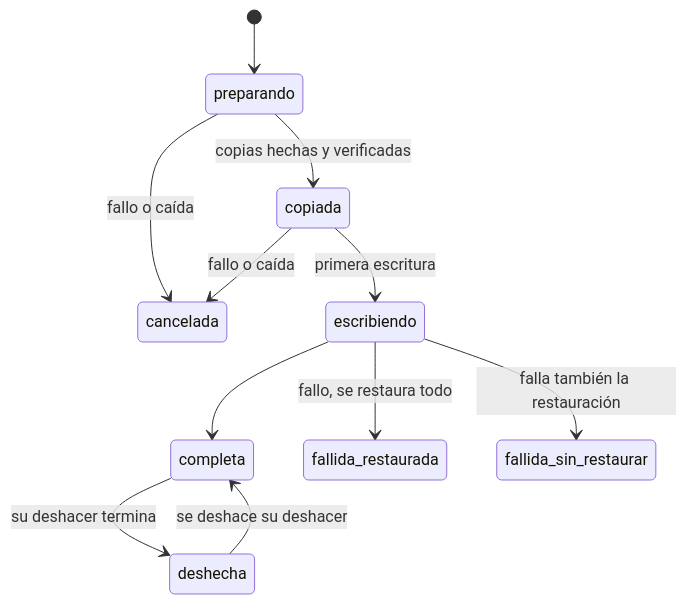
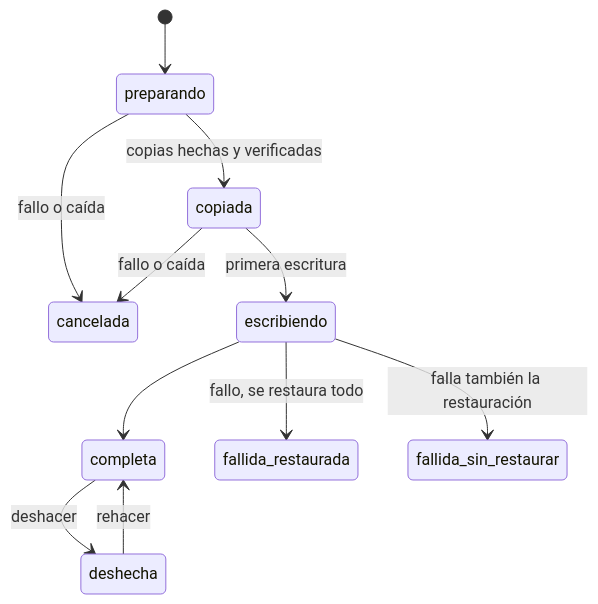
One commit to SergioVertedor/wow-profile-manager changed the second of 2 diagrams in docs/flujos.md. Above: the diagram before and after it, drawn with Mermaid. The commit also changed other lines of this file, not shown here.

Commit message:
docs: etiquetas del diagrama de estados sin solaparse (#28)

````diff
--- a/docs/flujos.md
+++ b/docs/flujos.md
@@ -201,13 +201,13 @@
 ```mermaid
 stateDiagram-v2
     [*] --> preparando
     preparando --> copiada : copias hechas y verificadas
     preparando --> cancelada : fallo o caída
     copiada --> escribiendo : primera escritura
     copiada --> cancelada : fallo o caída
     escribiendo --> completa
     escribiendo --> fallida_restaurada : fallo, se restaura todo
     escribiendo --> fallida_sin_restaurar : falla también la restauración
-    completa --> deshecha : su deshacer termina
-    deshecha --> completa : se deshace su deshacer
+    completa --> deshecha : deshacer
+    deshecha --> completa : rehacer
 ```
````
